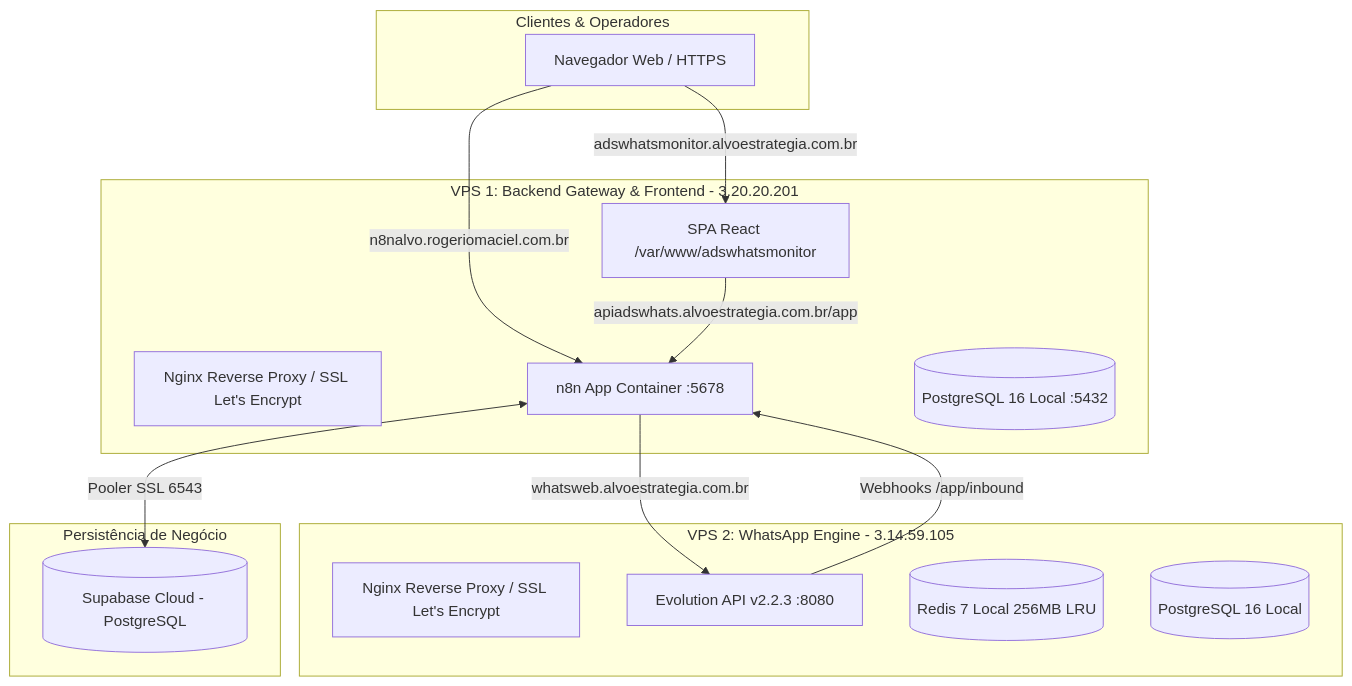
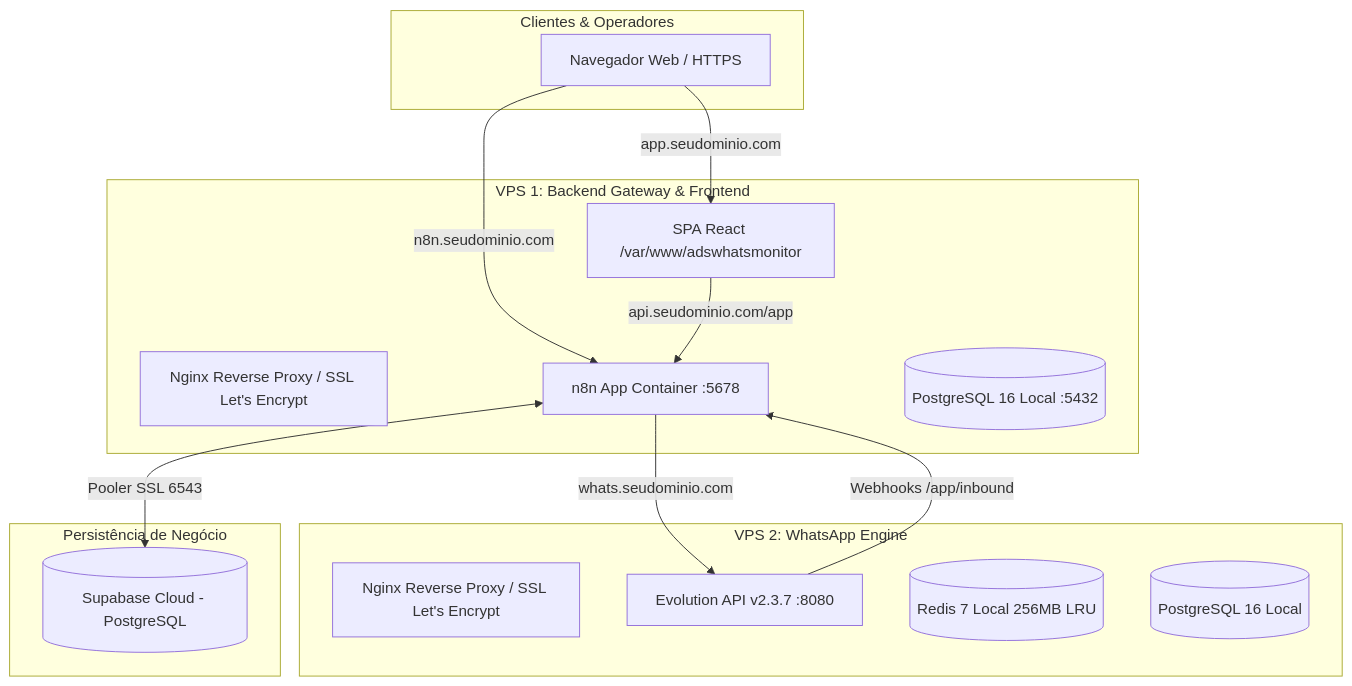
Before and after one commit to rogeriomaciel/adswhats-monitor: the diagram in docs/infraestrutura_e_deploy.md, drawn with Mermaid. The commit also changed other lines of this file and 18 other files, not shown here.

````diff
--- a/docs/infraestrutura_e_deploy.md
+++ b/docs/infraestrutura_e_deploy.md
@@ -11,31 +11,31 @@
 ```mermaid
 flowchart TD
     subgraph Users [Clientes & Operadores]
         Browser[Navegador Web / HTTPS]
     end
 
-    subgraph VPS_Frontend_n8n [VPS 1: Backend Gateway & Frontend - 3.20.20.201]
+    subgraph VPS_Frontend_n8n [VPS 1: Backend Gateway & Frontend]
         NginxHost[Nginx Reverse Proxy / SSL Let's Encrypt]
         StaticSPA[SPA React /var/www/adswhatsmonitor]
         N8NApp[n8n App Container :5678]
         PostgresN8N[(PostgreSQL 16 Local :5432)]
     end
 
-    subgraph VPS_Evolution [VPS 2: WhatsApp Engine - 3.14.59.105]
+    subgraph VPS_Evolution [VPS 2: WhatsApp Engine]
         NginxEvo[Nginx Reverse Proxy / SSL Let's Encrypt]
-        EvoAPI[Evolution API v2.2.3 :8080]
+        EvoAPI[Evolution API v2.3.7 :8080]
         RedisEvo[(Redis 7 Local 256MB LRU)]
         PostgresEvo[(PostgreSQL 16 Local)]
     end
 
     subgraph DataCloud [Persistência de Negócio]
         Supabase[(Supabase Cloud - PostgreSQL)]
     end
 
-    Browser -->|adswhatsmonitor.alvoestrategia.com.br| StaticSPA
-    Browser -->|n8nalvo.rogeriomaciel.com.br| N8NApp
-    StaticSPA -->|apiadswhats.alvoestrategia.com.br/app| N8NApp
+    Browser -->|app.seudominio.com| StaticSPA
+    Browser -->|n8n.seudominio.com| N8NApp
+    StaticSPA -->|api.seudominio.com/app| N8NApp
     N8NApp <-->|Pooler SSL 6543| Supabase
     EvoAPI -->|Webhooks /app/inbound| N8NApp
-    N8NApp -->|whatsweb.alvoestrategia.com.br| EvoAPI
+    N8NApp -->|whats.seudominio.com| EvoAPI
 ```
````
